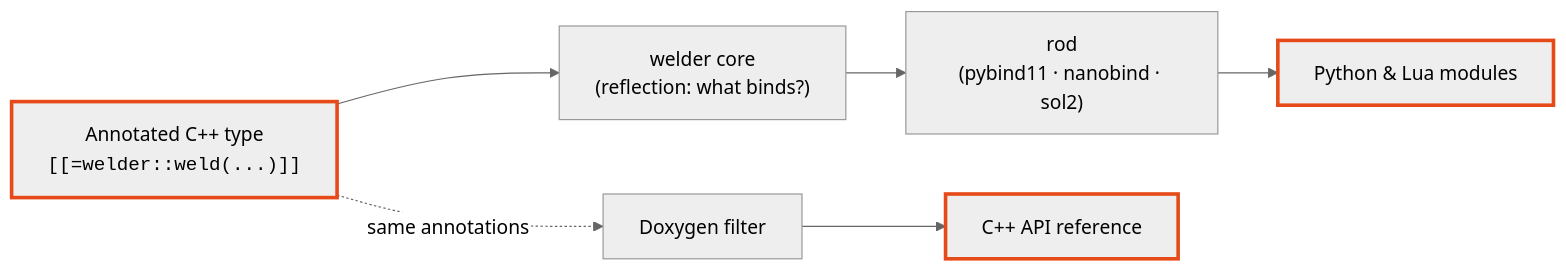
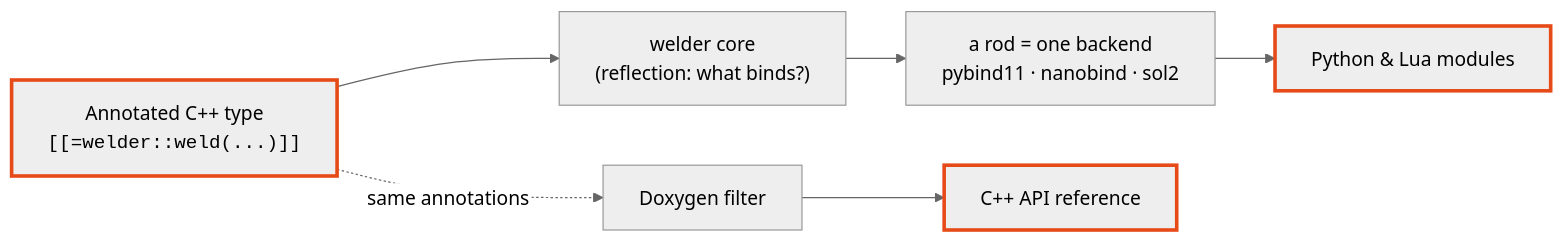
One commit to skarndev/welder changed the diagram in docs/content/index.md. Above: the diagram before and after it, drawn with Mermaid (neutral theme). The commit also changed other lines of this file and 2 other files, not shown here.

First line of the commit message:
docs: nav "Languages", home-page motivation + rod gloss

````diff
--- a/docs/content/index.md
+++ b/docs/content/index.md
@@ -92,11 +128,11 @@
 ```mermaid
 flowchart LR
     A["Annotated C++ type<br/><code>[[=welder::weld(...)]]</code>"] --> B["welder core<br/>(reflection: what binds?)"]
-    B --> C["rod<br/>(pybind11 · nanobind · sol2)"]
+    B --> C["a rod = one backend<br/>pybind11 · nanobind · sol2"]
     C --> D["Python & Lua modules"]
     A -.same annotations.-> E["Doxygen filter"]
     E --> F["C++ API reference"]
     style A stroke:#e64a19,stroke-width:3px
     style D stroke:#e64a19,stroke-width:3px
     style F stroke:#e64a19,stroke-width:3px
 ```
````
